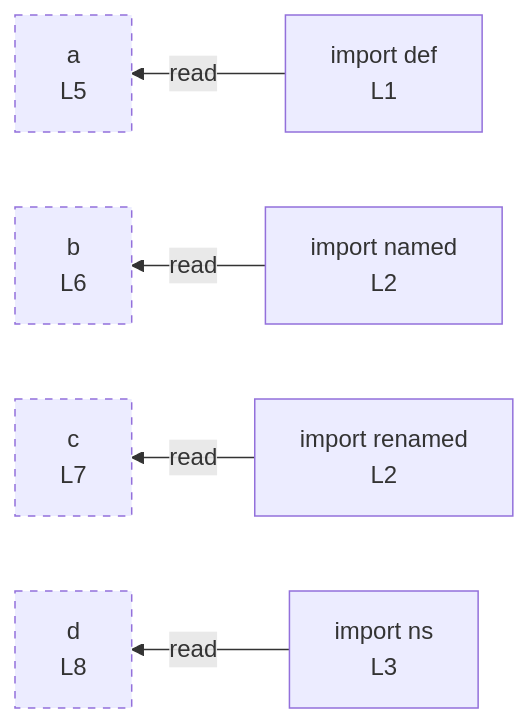
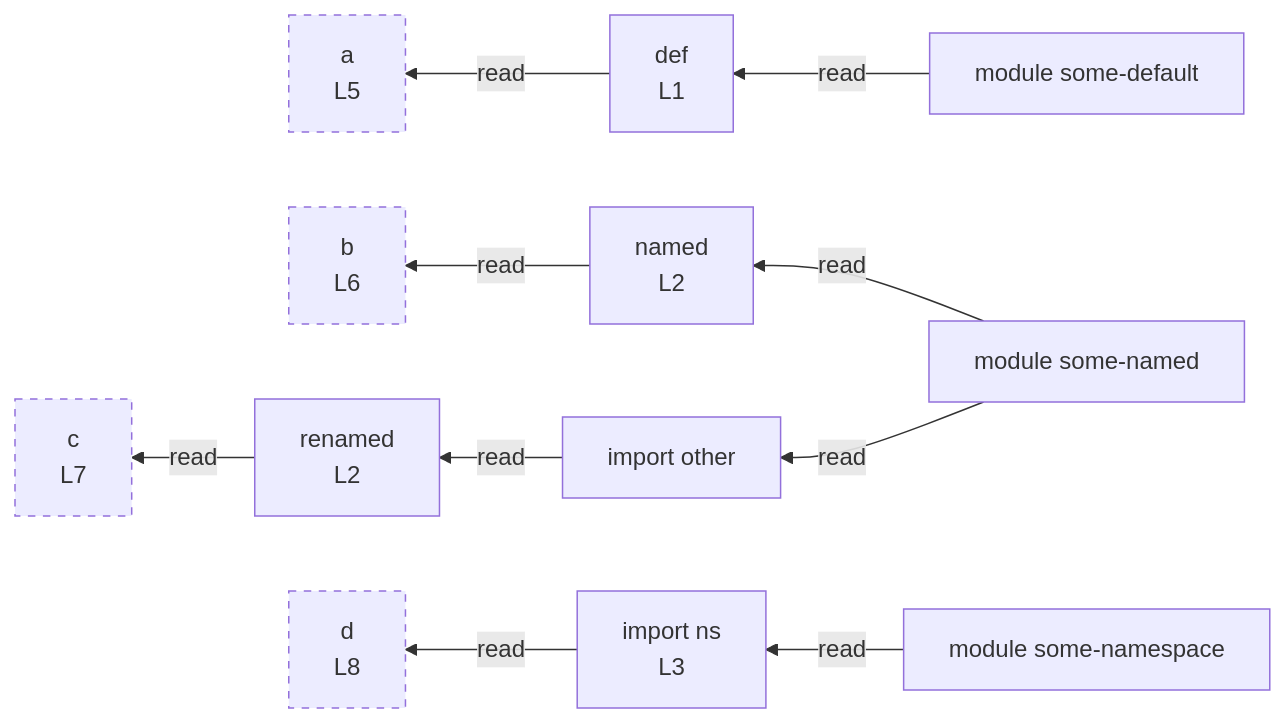
One commit to crescware/unsnarl changed the diagram in integration/fixtures/imports/preview.md. Above: the diagram before and after it, drawn with Mermaid. The commit also changed 21 other files, not shown here.

````diff
--- a/integration/fixtures/imports/preview.md
+++ b/integration/fixtures/imports/preview.md
@@ -18,20 +18,29 @@
 ```mermaid
 flowchart RL
-  n_scope_0_def_7["import def<br/>L1"]
-  n_scope_0_named_41["import named<br/>L2"]
-  n_scope_0_renamed_57["import renamed<br/>L2"]
+  n_scope_0_def_7["def<br/>L1"]
+  n_scope_0_named_41["named<br/>L2"]
+  n_scope_0_renamed_57["renamed<br/>L2"]
   n_scope_0_ns_98["import ns<br/>L3"]
   n_scope_0_a_131["a<br/>L5"]
   n_scope_0_b_146["b<br/>L6"]
   n_scope_0_c_163["c<br/>L7"]
   n_scope_0_d_182["d<br/>L8"]
   n_scope_0_def_7 -->|read| n_scope_0_a_131
   n_scope_0_named_41 -->|read| n_scope_0_b_146
   n_scope_0_renamed_57 -->|read| n_scope_0_c_163
   n_scope_0_ns_98 -->|read| n_scope_0_d_182
+  mod_some_default["module some-default"]
+  mod_some_named["module some-named"]
+  mod_some_namespace["module some-namespace"]
+  import_some_named__other["import other"]
+  mod_some_default -->|read| n_scope_0_def_7
+  mod_some_named -->|read| n_scope_0_named_41
+  mod_some_named -->|read| import_some_named__other
+  import_some_named__other -->|read| n_scope_0_renamed_57
+  mod_some_namespace -->|read| n_scope_0_ns_98
   classDef unused stroke-dasharray: 5 5;
   class n_scope_0_a_131 unused;
   class n_scope_0_b_146 unused;
   class n_scope_0_c_163 unused;
   class n_scope_0_d_182 unused;
 ```
````
